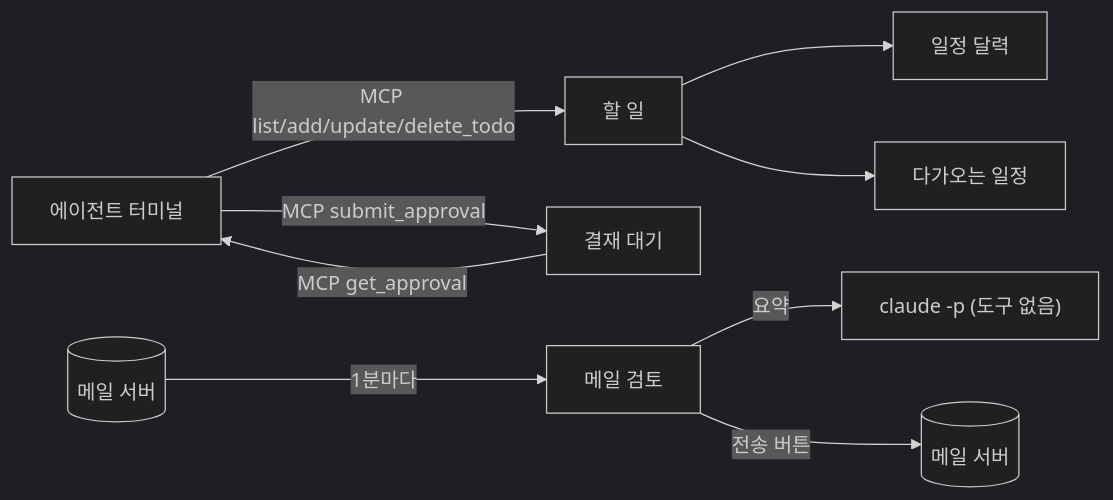
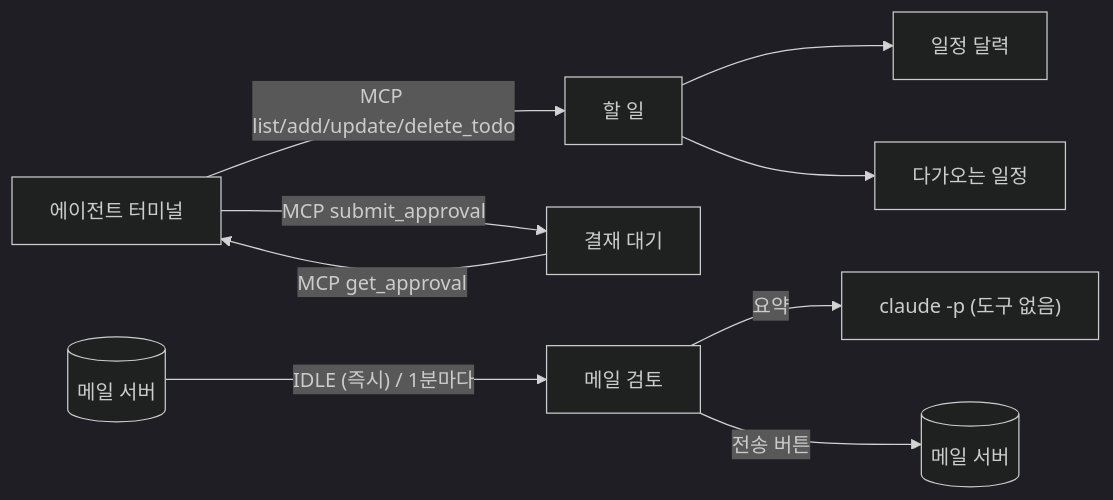
Before and after one commit to tnscjf3146/scheduler: the diagram in docs/features.md, drawn with Mermaid (dark theme). The commit also changed other lines of this file and 7 other files, not shown here.

````diff
--- a/docs/features.md
+++ b/docs/features.md
@@ -65,11 +65,11 @@
 ```mermaid
 flowchart LR
     Todo[할 일] --> Cal[일정 달력]
     Todo --> Up[다가오는 일정]
     Agent[에이전트 터미널] -- "MCP submit_approval" --> Appr[결재 대기]
     Appr -- "MCP get_approval" --> Agent
     Agent -- "MCP list/add/update/delete_todo" --> Todo
-    IMAP[(메일 서버)] -- 1분마다 --> Mail[메일 검토]
+    IMAP[(메일 서버)] -- "IDLE (즉시) / 1분마다" --> Mail[메일 검토]
     Mail -- 요약 --> Claude["claude -p (도구 없음)"]
     Mail -- 전송 버튼 --> SMTP[(메일 서버)]
 ```
````
